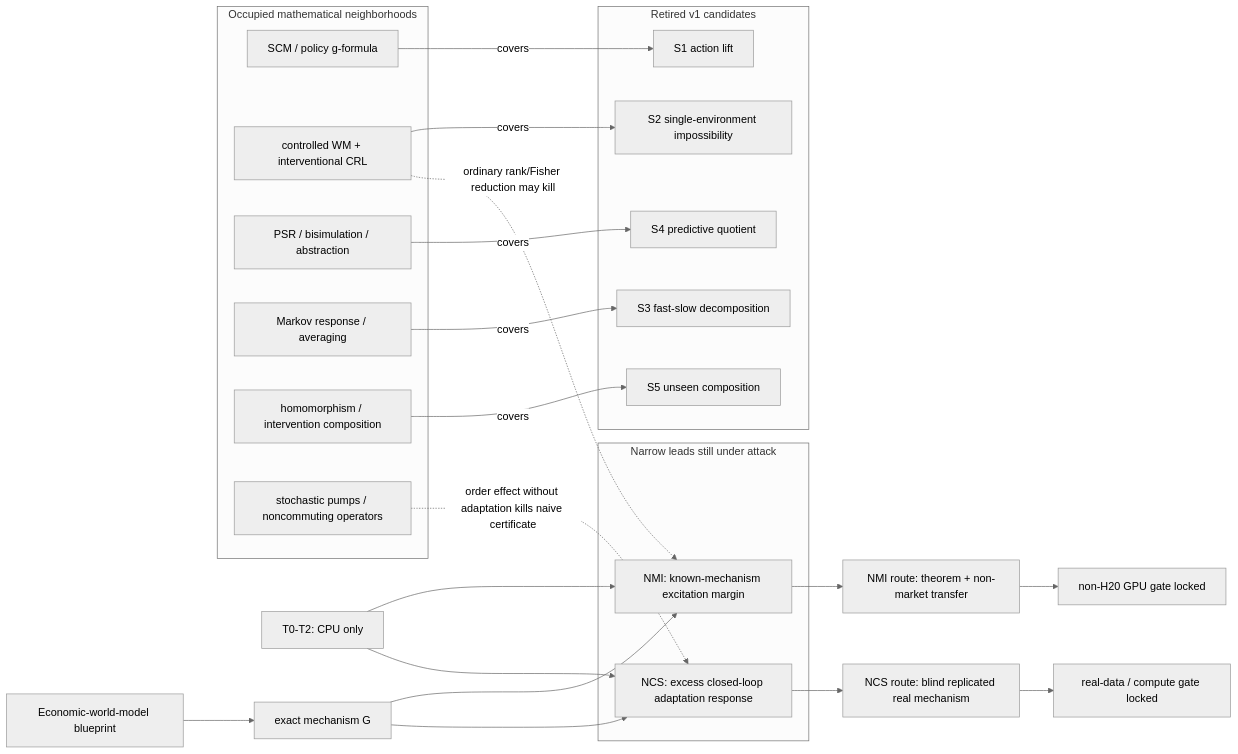
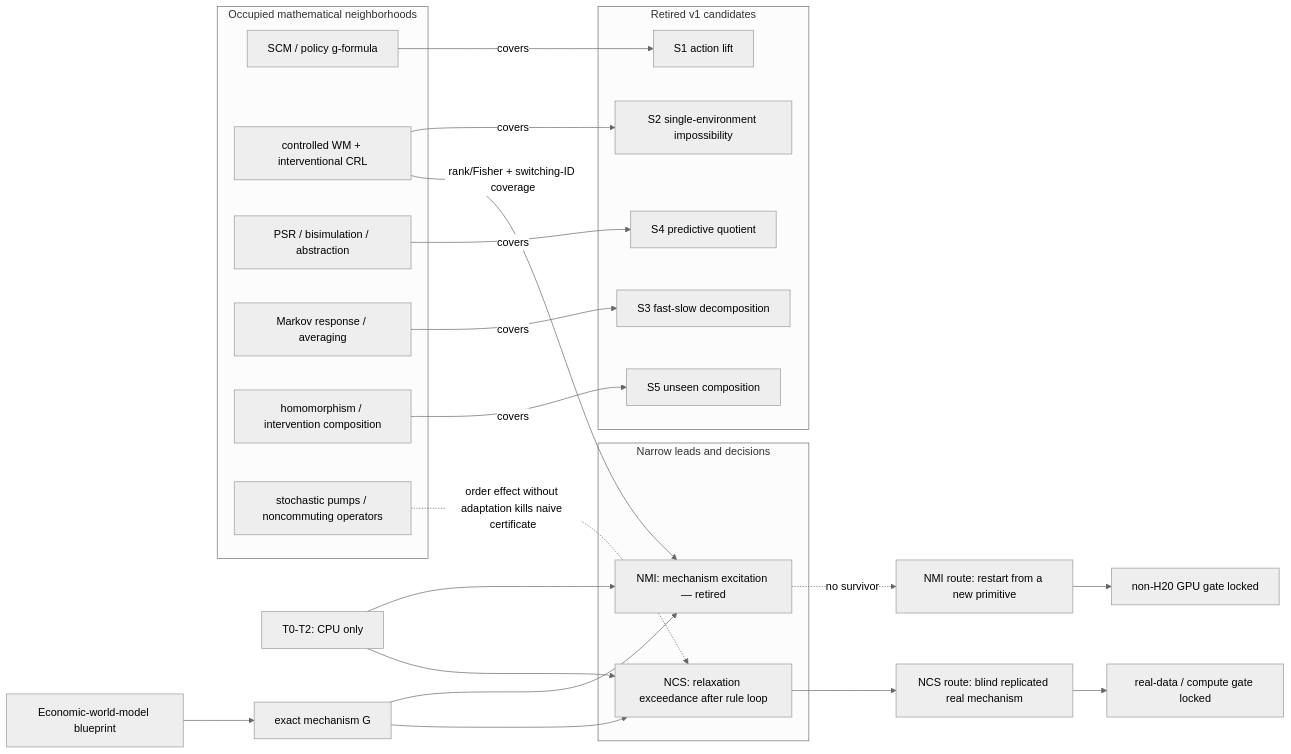
The diagram in research/theory_exploration/knowledge_graph.md (howardwang1997/ecophys), drawn with Mermaid (neutral theme) before and after one commit. The commit also changed other lines of this file and 14 other files, not shown here.

Commit message:
Record theory reduction results and route decisions

````diff
--- a/research/theory_exploration/knowledge_graph.md
+++ b/research/theory_exploration/knowledge_graph.md
@@ -11,45 +11,45 @@
 ```mermaid
 flowchart LR
     EWM["Economic-world-model blueprint"] --> XM["exact mechanism G"]
 
     subgraph occupied["Occupied mathematical neighborhoods"]
         SCM["SCM / policy g-formula"]
         CRL["controlled WM + interventional CRL"]
         PSR["PSR / bisimulation / abstraction"]
         AVG["Markov response / averaging"]
         COMP["homomorphism / intervention composition"]
         PUMP["stochastic pumps / noncommuting operators"]
     end
 
     subgraph retired["Retired v1 candidates"]
         S1["S1 action lift"]
         S2["S2 single-environment impossibility"]
         S3["S3 fast-slow decomposition"]
         S4["S4 predictive quotient"]
         S5["S5 unseen composition"]
     end
 
     SCM -->|covers| S1
     CRL -->|covers| S2
     AVG -->|covers| S3
     PSR -->|covers| S4
     COMP -->|covers| S5
 
-    subgraph active["Narrow leads still under attack"]
-        NMIT["NMI: known-mechanism excitation margin"]
-        NCST["NCS: excess closed-loop adaptation response"]
+    subgraph active["Narrow leads and decisions"]
+        NMIT["NMI: mechanism excitation — retired"]
+        NCST["NCS: relaxation exceedance after rule loop"]
     end
 
     XM --> NMIT
     XM --> NCST
-    CRL -. "ordinary rank/Fisher reduction may kill" .-> NMIT
+    CRL -->|"rank/Fisher + switching-ID coverage"| NMIT
     PUMP -. "order effect without adaptation kills naive certificate" .-> NCST
 
-    NMIT --> NMI["NMI route: theorem + non-market transfer"]
+    NMIT -. "no survivor" .-> NMI["NMI route: restart from a new primitive"]
     NCST --> NCS["NCS route: blind replicated real mechanism"]
 
     CPU["T0-T2: CPU only"] --> NMIT
     CPU --> NCST
     NMI --> GN["non-H20 GPU gate locked"]
     NCS --> GC["real-data / compute gate locked"]
 ```
````
